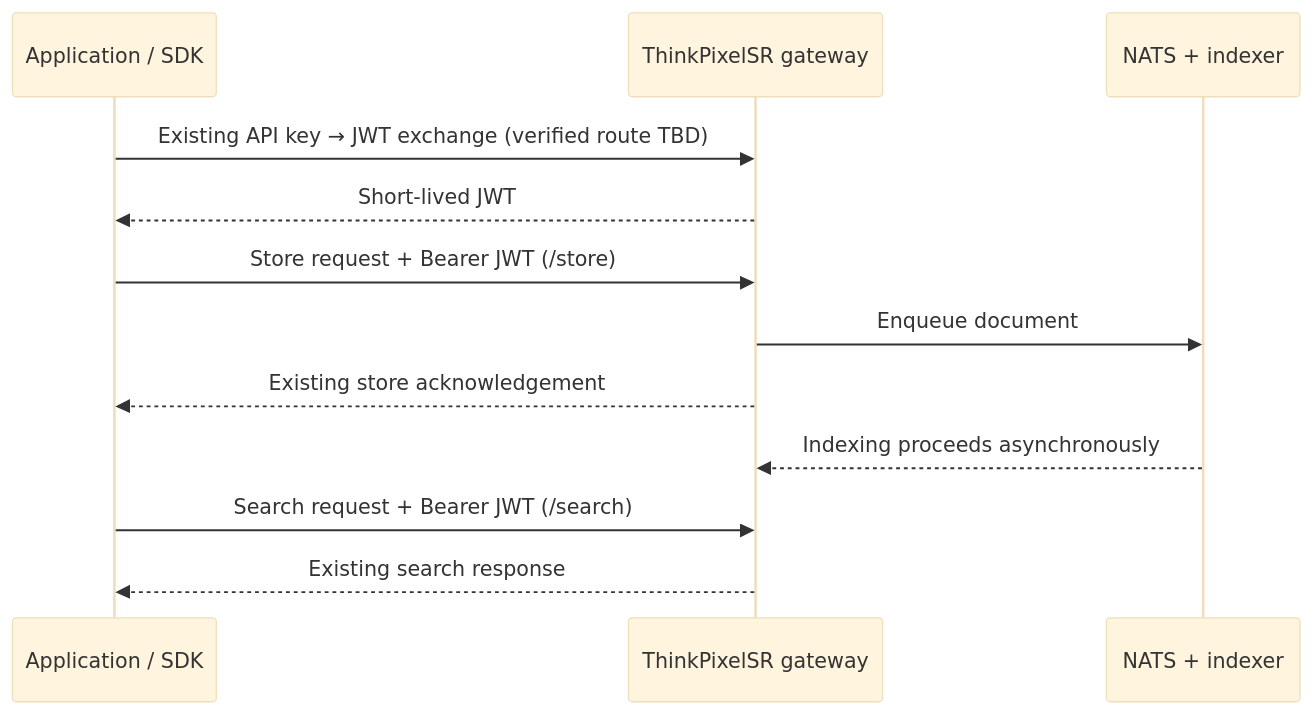
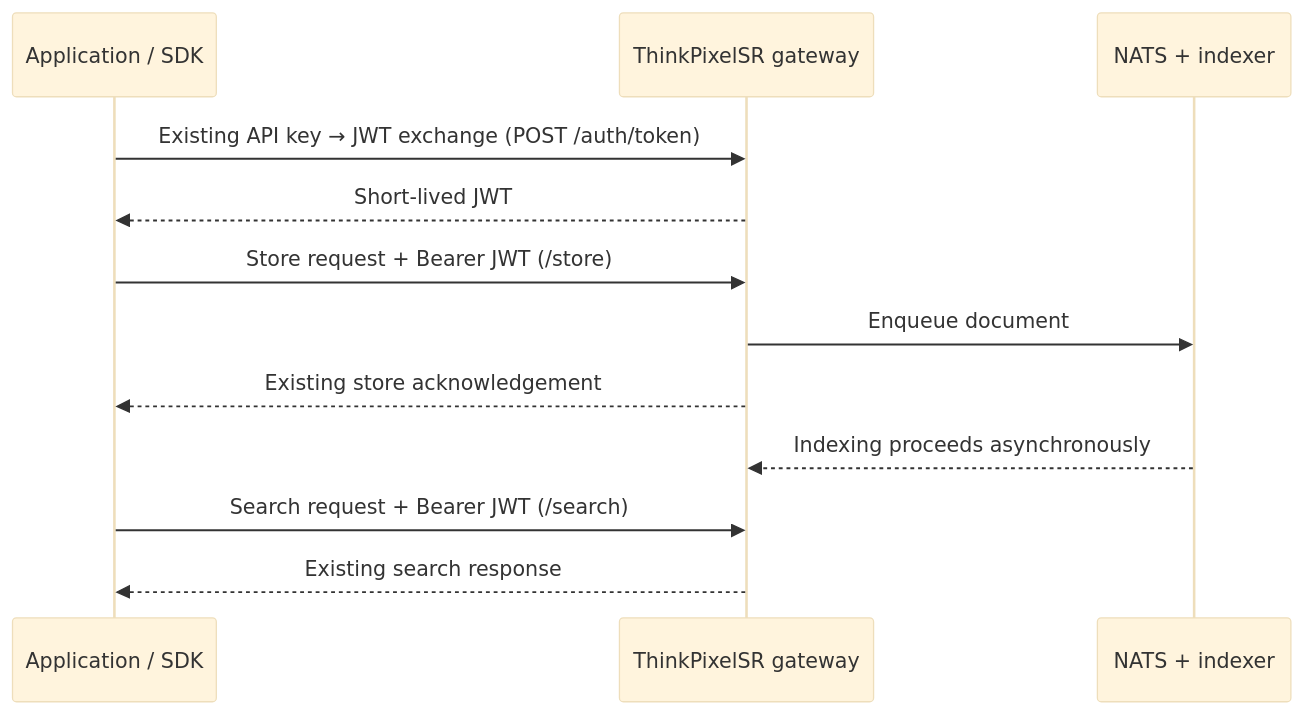
The diagram in clients/README.md (bdobrica/ThinkPixelSR), drawn with Mermaid (base theme) before and after one commit. The commit also changed other lines of this file and 41 other files, not shown here.

````diff
--- a/clients/README.md
+++ b/clients/README.md
@@ -55,14 +55,14 @@
 ```mermaid
 sequenceDiagram
     participant App as Application / SDK
     participant Gateway as ThinkPixelSR gateway
     participant Queue as NATS + indexer
-    App->>Gateway: Existing API key → JWT exchange (verified route TBD)
+    App->>Gateway: Existing API key → JWT exchange (POST /auth/token)
     Gateway-->>App: Short-lived JWT
     App->>Gateway: Store request + Bearer JWT (/store)
     Gateway->>Queue: Enqueue document
     Gateway-->>App: Existing store acknowledgement
     Queue-->>Gateway: Indexing proceeds asynchronously
     App->>Gateway: Search request + Bearer JWT (/search)
     Gateway-->>App: Existing search response
 ```
````
